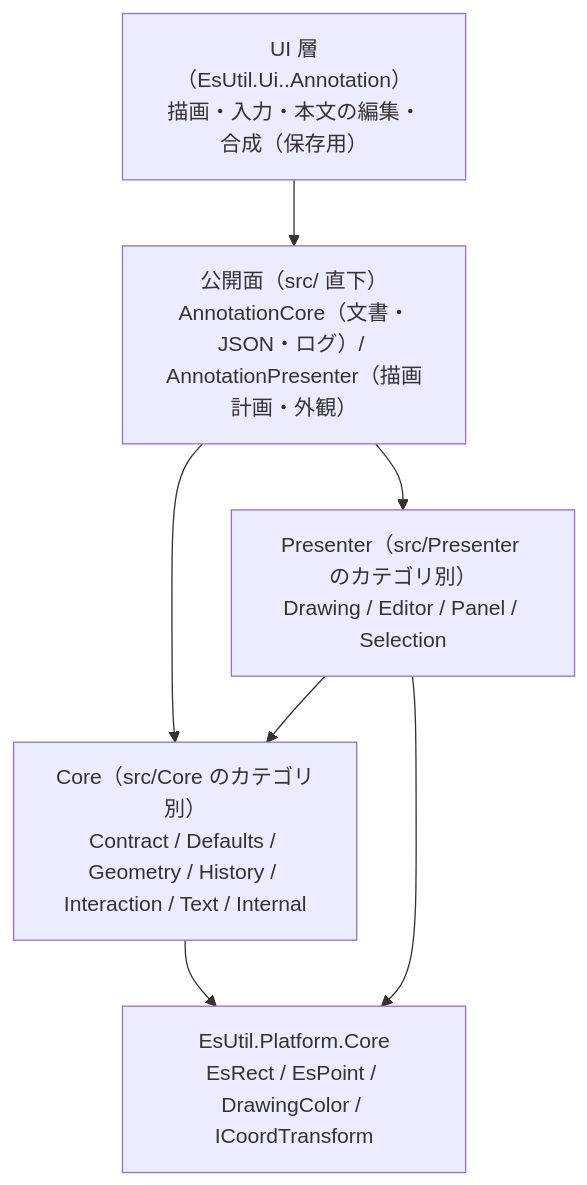
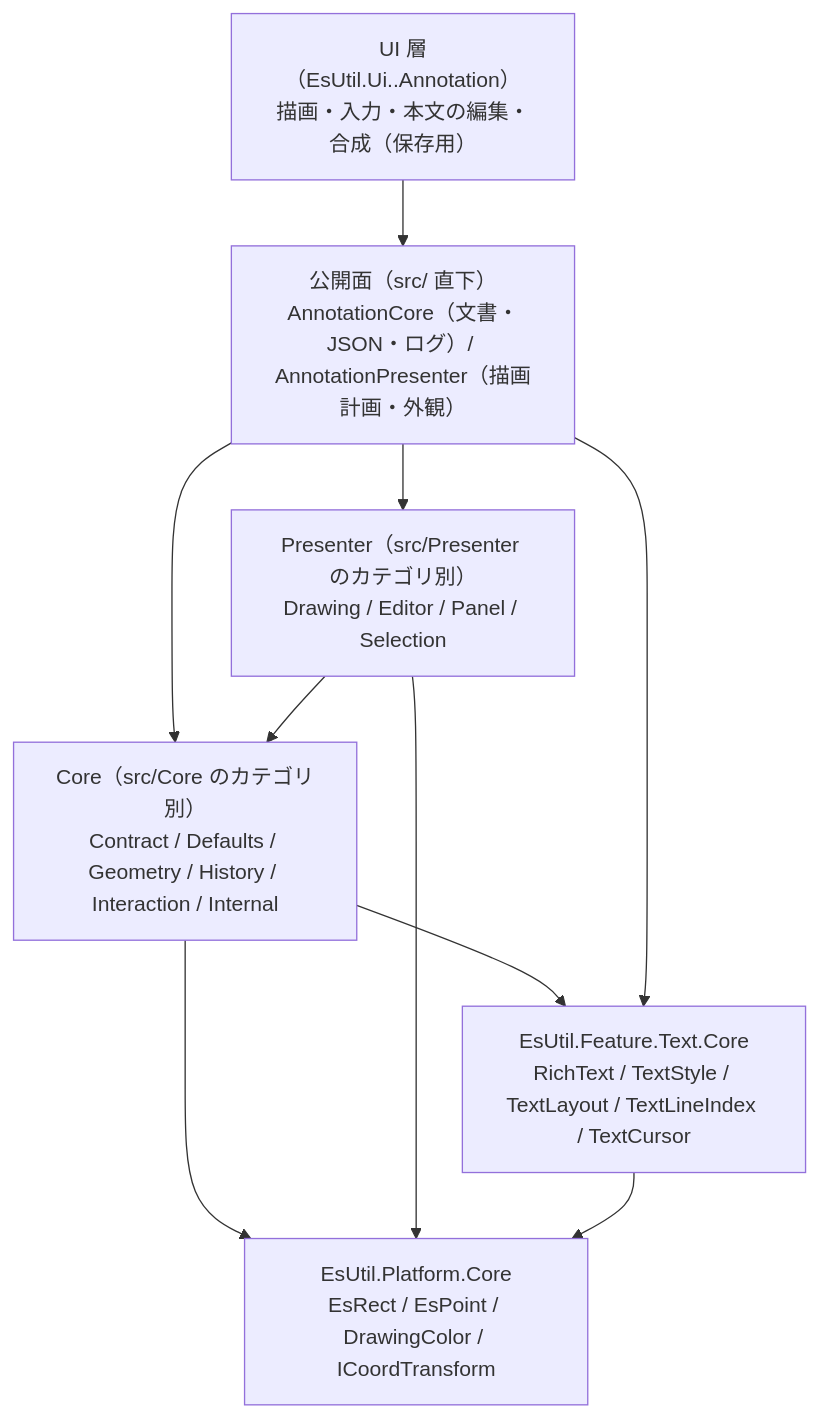
The diagram in EsUtil/Feature.Annotation.Core/docs/SPEC_System.md (tomokuni/EsUtil), drawn with Mermaid before and after one commit. The commit also changed other lines of this file and 6 other files, not shown here.

````diff
--- a/EsUtil/Feature.Annotation.Core/docs/SPEC_System.md
+++ b/EsUtil/Feature.Annotation.Core/docs/SPEC_System.md
@@ -34,14 +34,18 @@
 ```mermaid
 flowchart TB
     UI["UI 層（EsUtil.Ui.<UI>.Annotation）<br/>描画・入力・本文の編集・合成（保存用）"]
     F["公開面（src/ 直下）<br/>AnnotationCore（文書・JSON・ログ）/ AnnotationPresenter（描画計画・外観）"]
-    C["Core（src/Core のカテゴリ別）<br/>Contract / Defaults / Geometry / History / Interaction / Text / Internal"]
+    C["Core（src/Core のカテゴリ別）<br/>Contract / Defaults / Geometry / History / Interaction / Internal"]
     P["Presenter（src/Presenter のカテゴリ別）<br/>Drawing / Editor / Panel / Selection"]
+    T["EsUtil.Feature.Text.Core<br/>RichText / TextStyle / TextLayout / TextLineIndex / TextCursor"]
     PC["EsUtil.Platform.Core<br/>EsRect / EsPoint / DrawingColor / ICoordTransform"]
     UI --> F
     F --> C
     F --> P
     P --> C
+    C --> T
+    F --> T
     C --> PC
     P --> PC
+    T --> PC
 ```
````
